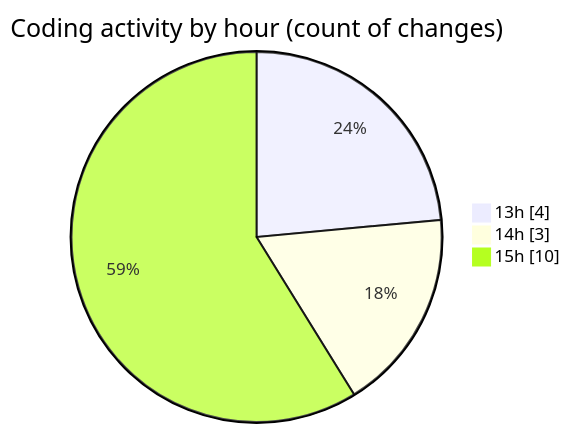
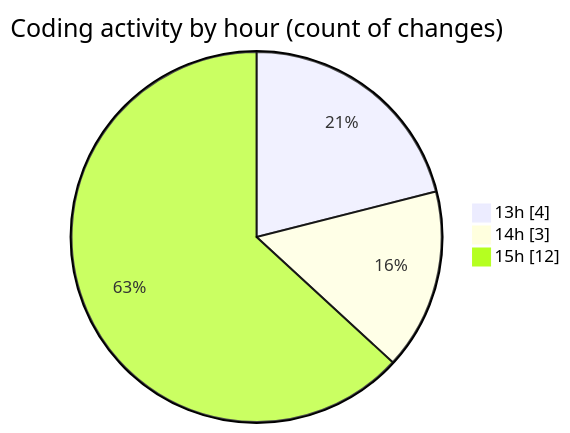
Before and after one commit to EIIisD/code-tracking: the second of 2 diagrams in 2025-08-11/ribbon/README.md, drawn with Mermaid. The commit also changed other lines of this file and 1 other file, not shown here.

````diff
--- a/2025-08-11/ribbon/README.md
+++ b/2025-08-11/ribbon/README.md
@@ -39,7 +41,7 @@
 ```mermaid
 pie showData
 title Coding activity by hour (count of changes)
 "13h" : 4
 "14h" : 3
-"15h" : 10
+"15h" : 12
 ```
````
